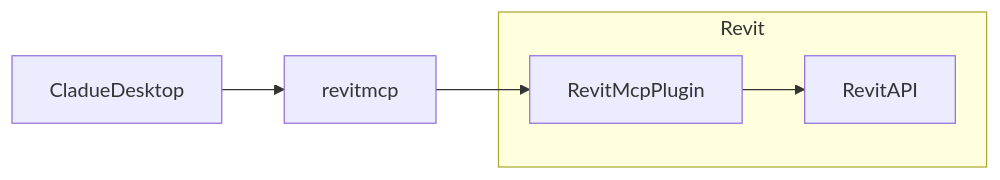
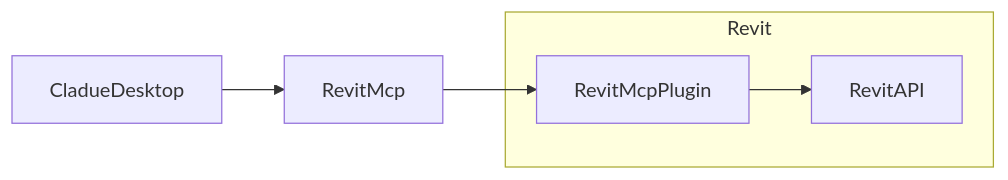
The diagram in README.md (vespo92/revit-mcp), drawn with Mermaid before and after one commit. The commit also changed other lines of this file and 10 other files, not shown here.

````diff
--- a/README.md
+++ b/README.md
@@ -60,7 +62,7 @@
 ```mermaid
 flowchart LR
-	CladueDesktop --> revitmcp --> RevitMcpPlugin
+	CladueDesktop --> RevitMcp --> RevitMcpPlugin
 	subgraph ide1 [Revit]
 	RevitMcpPlugin --> RevitAPI
 	end
 ```
````
